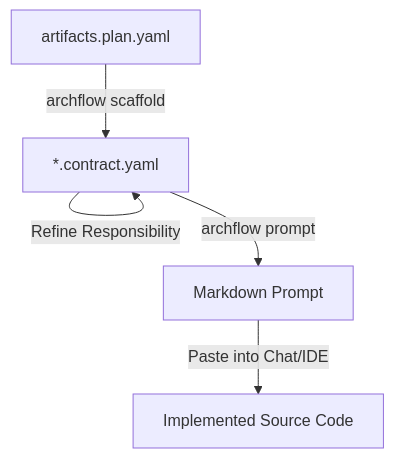
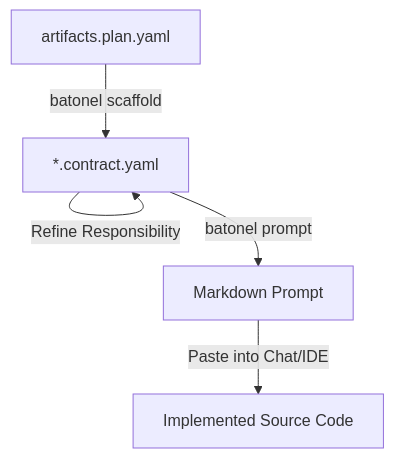
The diagram in docs/concepts/handoff.md (Arcflect/batonel), drawn with Mermaid before and after one commit. The commit also changed other lines of this file and 213 other files, not shown here.

Commit message:
refactor: migrate example project structures to batonel and update architecture verification logic (#250)

````diff
--- a/docs/concepts/handoff.md
+++ b/docs/concepts/handoff.md
@@ -9,7 +9,7 @@
 ```mermaid
 graph TD
-    A[artifacts.plan.yaml] -->|archflow scaffold| B[*.contract.yaml]
+    A[artifacts.plan.yaml] -->|batonel scaffold| B[*.contract.yaml]
     B -->|Refine Responsibility| B
-    B -->|archflow prompt| C[Markdown Prompt]
+    B -->|batonel prompt| C[Markdown Prompt]
     C -->|Paste into Chat/IDE| D[Implemented Source Code]
 ```
````
